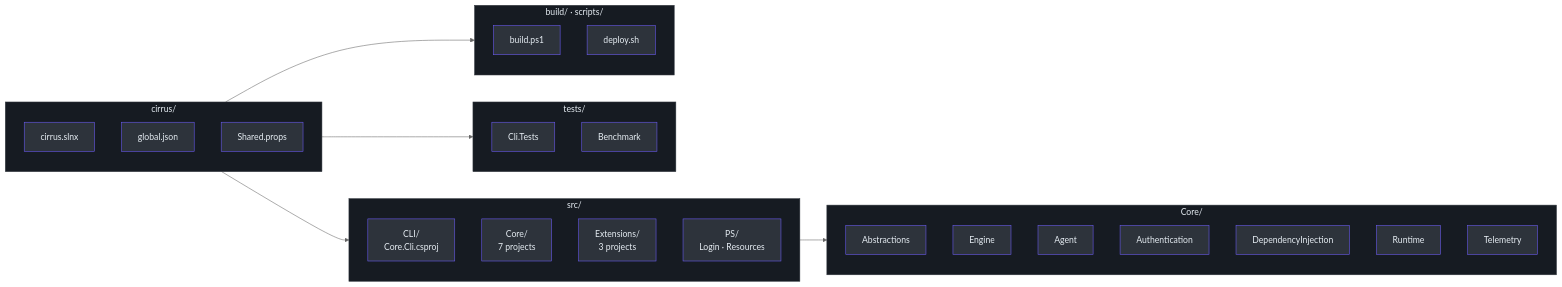
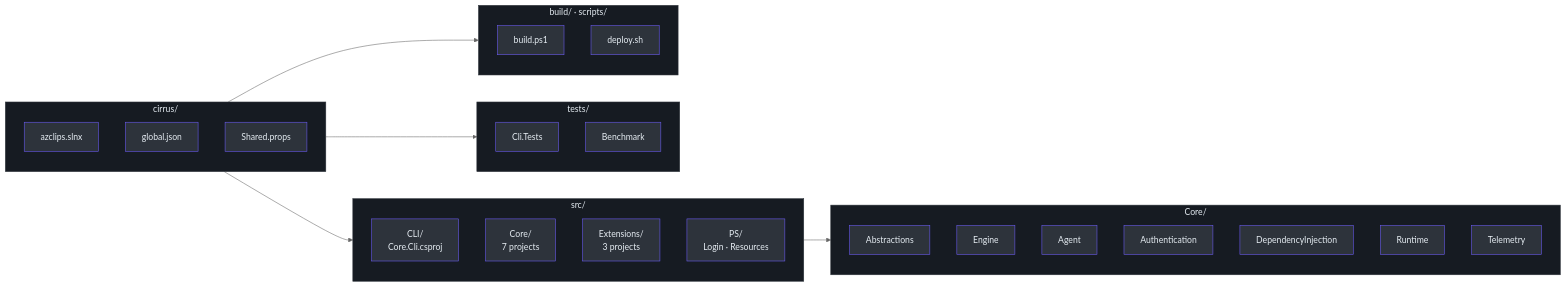
The second of 3 diagrams in wiki/01-getting-started/overview.md (Azure/azclips), drawn with Mermaid (neutral theme) before and after one commit. The commit also changed other lines of this file and 30 other files, not shown here.

Commit message:
Update references solution references to azclips.slnx

````diff
--- a/wiki/01-getting-started/overview.md
+++ b/wiki/01-getting-started/overview.md
@@ -109,64 +109,64 @@
 ```mermaid
 graph LR
     subgraph Root["cirrus/"]
         style Root fill:#161b22,stroke:#30363d,color:#e6edf3
-        SLN["cirrus.slnx"]
+        SLN["azclips.slnx"]
         Global["global.json"]
         Shared["Shared.props"]
     end
 
     subgraph SrcDir["src/"]
         style SrcDir fill:#161b22,stroke:#30363d,color:#e6edf3
         CLI_D["CLI/<br>Core.Cli.csproj"]
         Core_D["Core/<br>7 projects"]
         Ext_D["Extensions/<br>3 projects"]
         PS_D["PS/<br>Login · Resources"]
     end
 
     subgraph CoreSub["Core/"]
         style CoreSub fill:#161b22,stroke:#30363d,color:#e6edf3
         Abs["Abstractions"]
         Eng["Engine"]
         AgentP["Agent"]
         AuthP["Authentication"]
         DIP["DependencyInjection"]
         Rt["Runtime"]
         Tel["Telemetry"]
     end
 
     subgraph TestDir["tests/"]
         style TestDir fill:#161b22,stroke:#30363d,color:#e6edf3
         CliTest["Cli.Tests"]
         Bench["Benchmark"]
     end
 
     subgraph BuildDir["build/ · scripts/"]
         style BuildDir fill:#161b22,stroke:#30363d,color:#e6edf3
         BuildPS["build.ps1"]
         Deploy["deploy.sh"]
     end
 
     Root --> SrcDir
     Root --> TestDir
     Root --> BuildDir
     SrcDir --> CoreSub
 
     style SLN fill:#2d333b,stroke:#6d5dfc,color:#e6edf3
     style Global fill:#2d333b,stroke:#6d5dfc,color:#e6edf3
     style Shared fill:#2d333b,stroke:#6d5dfc,color:#e6edf3
     style CLI_D fill:#2d333b,stroke:#6d5dfc,color:#e6edf3
     style Core_D fill:#2d333b,stroke:#6d5dfc,color:#e6edf3
     style Ext_D fill:#2d333b,stroke:#6d5dfc,color:#e6edf3
     style PS_D fill:#2d333b,stroke:#6d5dfc,color:#e6edf3
     style Abs fill:#2d333b,stroke:#6d5dfc,color:#e6edf3
     style Eng fill:#2d333b,stroke:#6d5dfc,color:#e6edf3
     style AgentP fill:#2d333b,stroke:#6d5dfc,color:#e6edf3
     style AuthP fill:#2d333b,stroke:#6d5dfc,color:#e6edf3
     style DIP fill:#2d333b,stroke:#6d5dfc,color:#e6edf3
     style Rt fill:#2d333b,stroke:#6d5dfc,color:#e6edf3
     style Tel fill:#2d333b,stroke:#6d5dfc,color:#e6edf3
     style CliTest fill:#2d333b,stroke:#6d5dfc,color:#e6edf3
     style Bench fill:#2d333b,stroke:#6d5dfc,color:#e6edf3
     style BuildPS fill:#2d333b,stroke:#6d5dfc,color:#e6edf3
     style Deploy fill:#2d333b,stroke:#6d5dfc,color:#e6edf3
 ```
````
